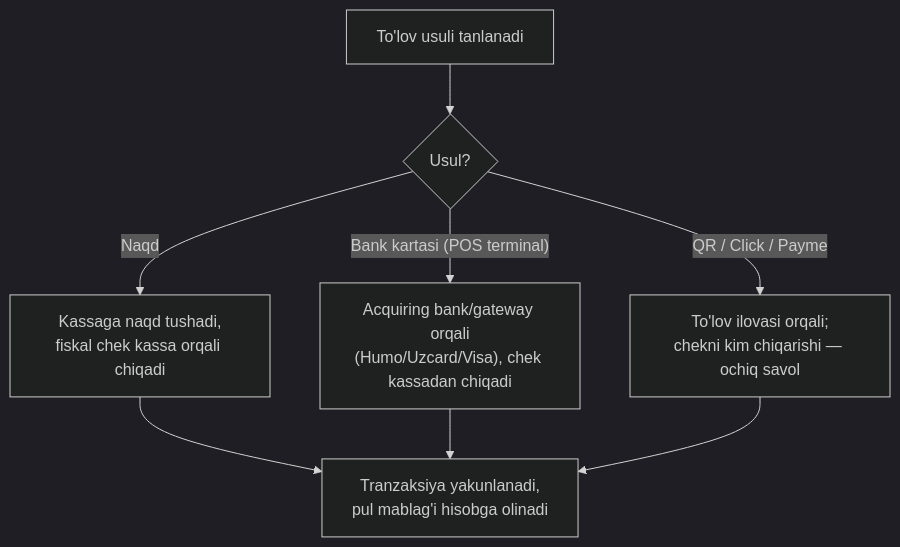
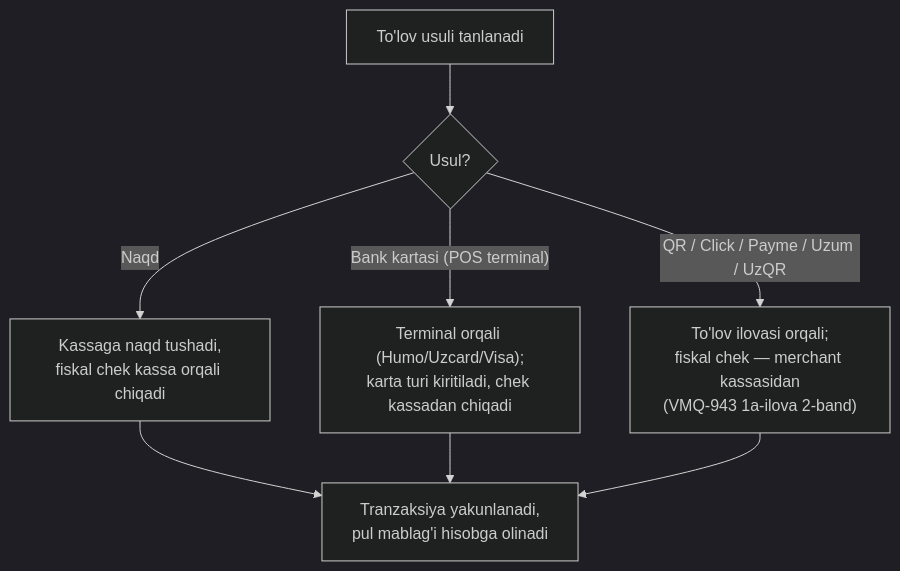
The fifth of 15 diagrams in spec/kod-uchun/04-biznes-jarayonlar.md (hasanoff507/erp), drawn with Mermaid (dark theme) before and after one commit. The commit also changed other lines of this file and 47 other files, not shown here.

````diff
--- a/spec/kod-uchun/04-biznes-jarayonlar.md
+++ b/spec/kod-uchun/04-biznes-jarayonlar.md
@@ -148,10 +151,10 @@
 ```mermaid
 flowchart TD
     A["To'lov usuli tanlanadi"] --> B{"Usul?"}
     B -- "Naqd" --> C["Kassaga naqd tushadi,\nfiskal chek kassa orqali chiqadi"]
-    B -- "Bank kartasi (POS terminal)" --> D["Acquiring bank/gateway orqali\n(Humo/Uzcard/Visa), chek kassadan chiqadi"]
-    B -- "QR / Click / Payme" --> E["To'lov ilovasi orqali;\nchekni kim chiqarishi — ochiq savol"]
+    B -- "Bank kartasi (POS terminal)" --> D["Terminal orqali (Humo/Uzcard/Visa);\nkarta turi kiritiladi, chek kassadan chiqadi"]
+    B -- "QR / Click / Payme / Uzum / UzQR" --> E["To'lov ilovasi orqali;\nfiskal chek — merchant kassasidan\n(VMQ-943 1a-ilova 2-band)"]
     C --> F["Tranzaksiya yakunlanadi,\npul mablag'i hisobga olinadi"]
     D --> F
     E --> F
 ```
````
